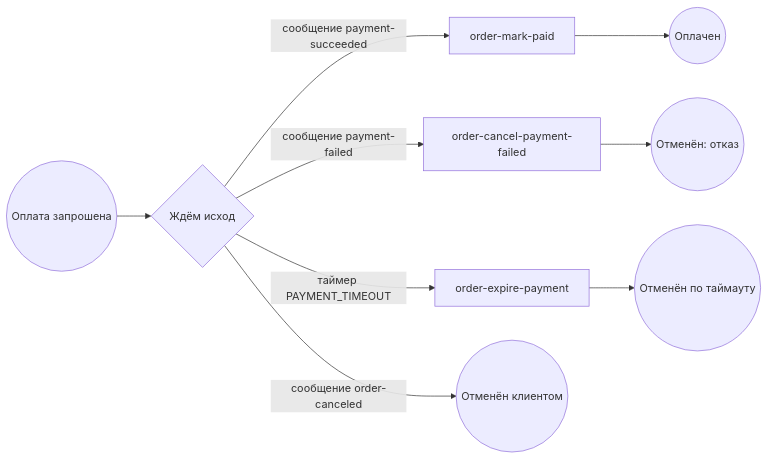
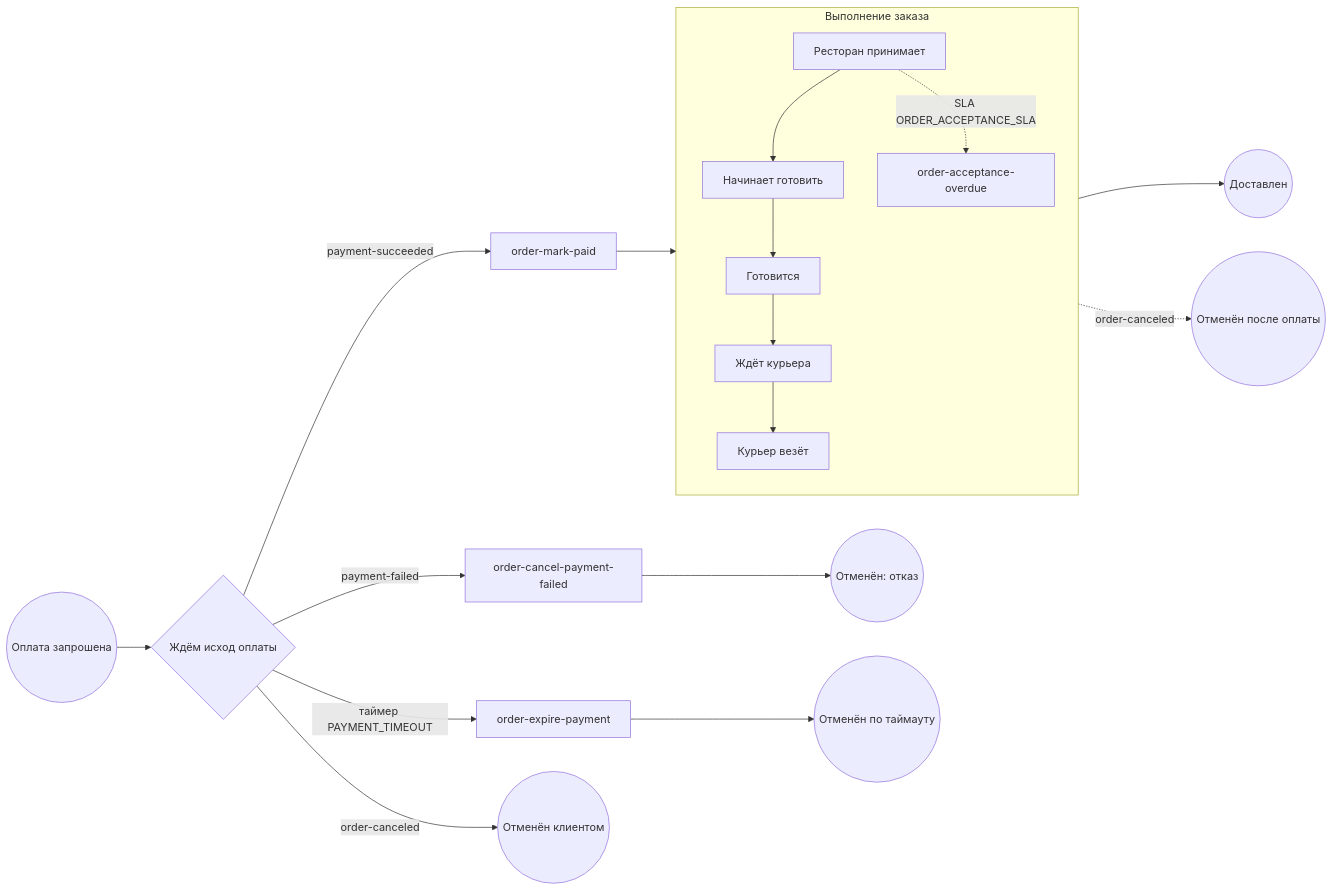
The fourth of 4 diagrams in docs/project-guide.md (Dima77726/food-delivery-platform), drawn with Mermaid before and after one commit. The commit also changed other lines of this file and 3 other files, not shown here.

Commit message:
docs: Camunda process now covers the whole order lifecycle; ORDER_ACCEPTANCE_SLA in compose

````diff
--- a/docs/project-guide.md
+++ b/docs/project-guide.md
@@ -408,8 +408,14 @@
 ```mermaid
 flowchart LR
-    S((Оплата запрошена)) --> G{Ждём исход}
-    G -->|сообщение payment-succeeded| P[order-mark-paid] --> E1((Оплачен))
-    G -->|сообщение payment-failed| F[order-cancel-payment-failed] --> E2((Отменён: отказ))
+    S((Оплата запрошена)) --> G{Ждём исход оплаты}
+    G -->|payment-succeeded| P[order-mark-paid] --> F
+    G -->|payment-failed| X[order-cancel-payment-failed] --> E2((Отменён: отказ))
     G -->|таймер PAYMENT_TIMEOUT| T[order-expire-payment] --> E3((Отменён по таймауту))
-    G -->|сообщение order-canceled| E4((Отменён клиентом))
+    G -->|order-canceled| E4((Отменён клиентом))
+    subgraph F[Выполнение заказа]
+        A[Ресторан принимает] --> C[Начинает готовить] --> R[Готовится] --> D[Ждёт курьера] --> V[Курьер везёт]
+        A -. SLA ORDER_ACCEPTANCE_SLA .-> O[order-acceptance-overdue]
+    end
+    F --> E1((Доставлен))
+    F -. order-canceled .-> E5((Отменён после оплаты))
 ```
````
